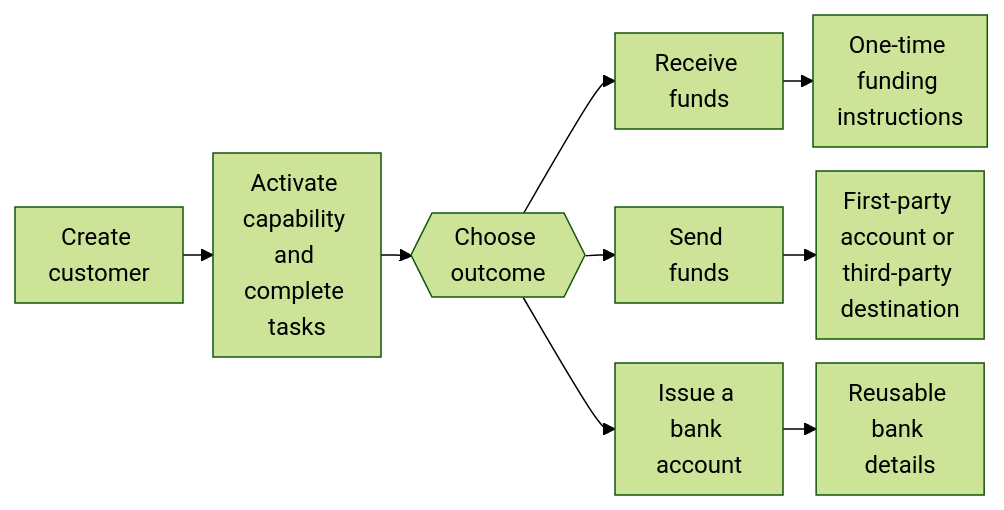
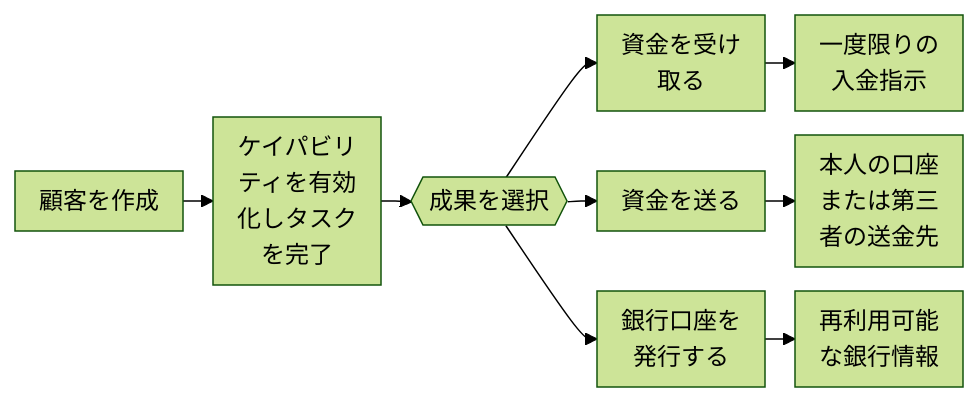
Before and after one commit to swipelux/public-docs: the diagram in jp/integration/common-flows.mdx, drawn with Mermaid (forest theme). The commit also changed 285 other files, not shown here.

````diff
--- a/jp/integration/common-flows.mdx
+++ b/jp/integration/common-flows.mdx
@@ -8,12 +8,12 @@
 ```mermaid
 %%{init: {"flowchart": {"rankSpacing": 20, "nodeSpacing": 16, "wrappingWidth": 80, "padding": 8}}}%%
 flowchart LR
-  A["Create customer"] --> B["Activate capability and complete tasks"]
-  B --> C{{"Choose outcome"}}
-  C --> D["Receive funds"]
-  C --> E["Send funds"]
-  C --> F["Issue a bank account"]
-  D --> G["One-time funding instructions"]
-  E --> H["First-party account or third-party destination"]
-  F --> I["Reusable bank details"]
+  A["顧客を作成"] --> B["ケイパビリティを有効化しタスクを完了"]
+  B --> C{{"成果を選択"}}
+  C --> D["資金を受け取る"]
+  C --> E["資金を送る"]
+  C --> F["銀行口座を発行する"]
+  D --> G["一度限りの入金指示"]
+  E --> H["本人の口座または第三者の送金先"]
+  F --> I["再利用可能な銀行情報"]
 ```
````
